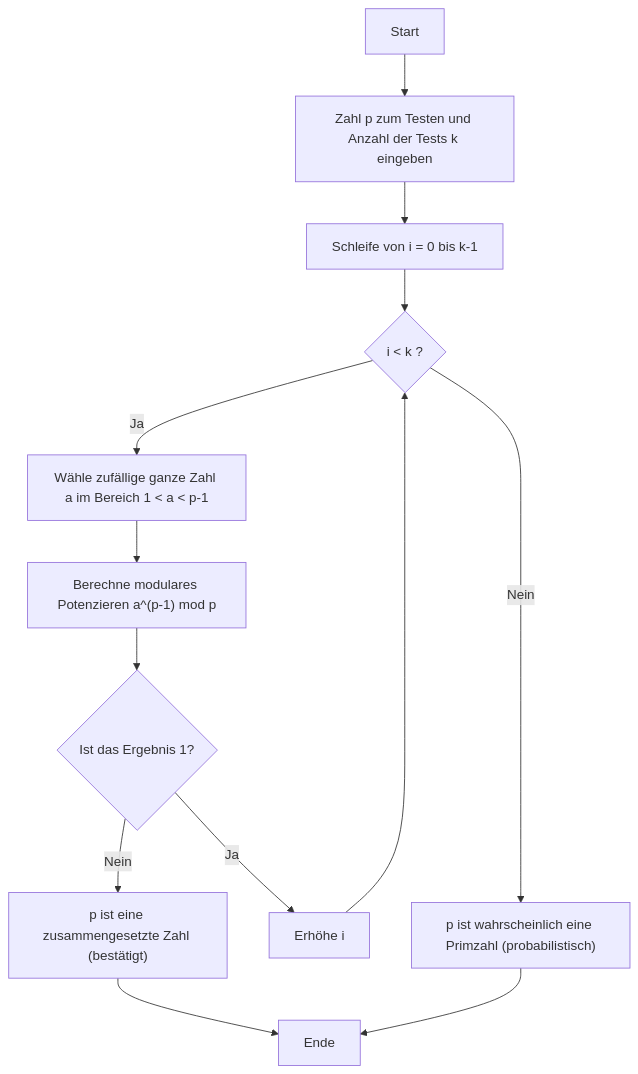
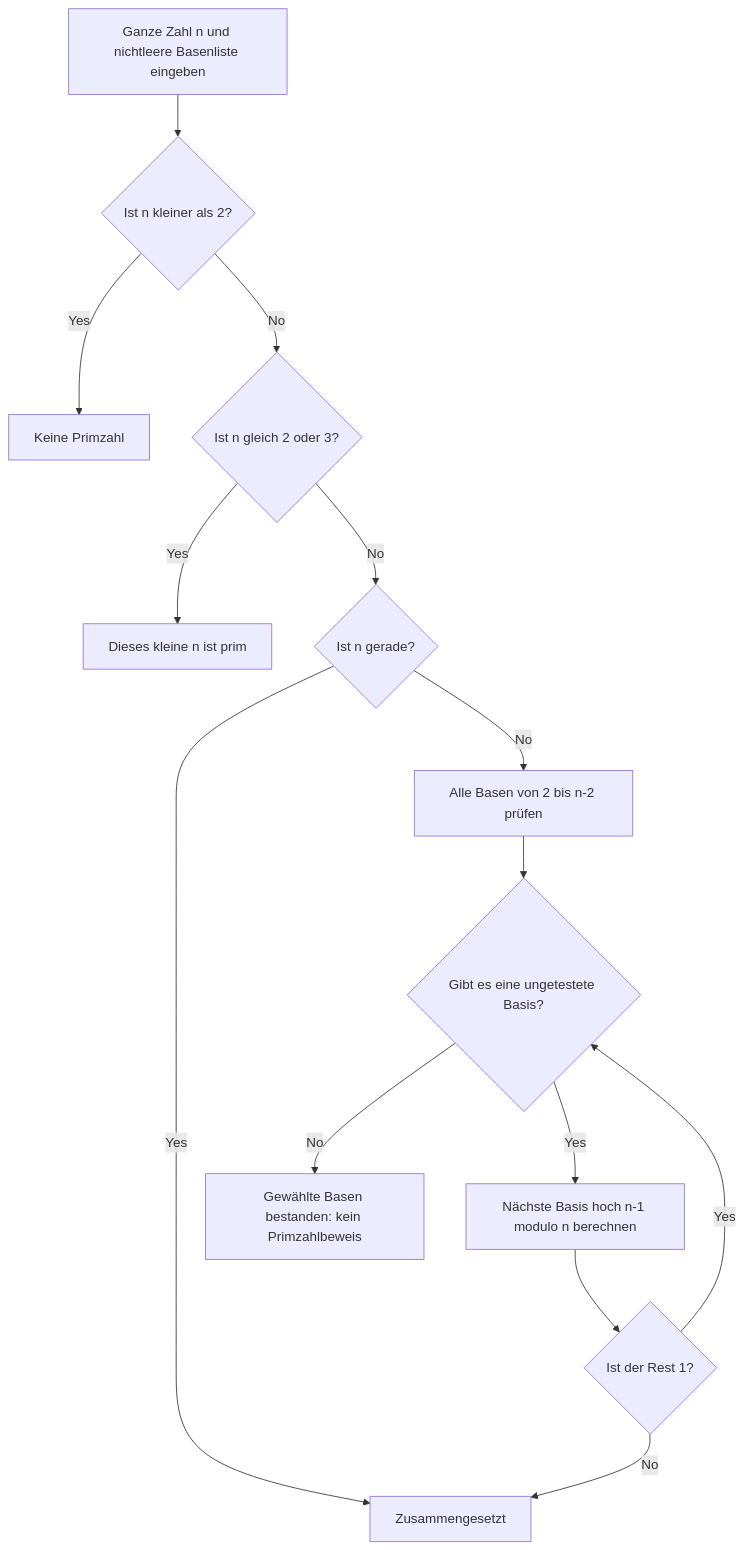
The first of 2 diagrams in content/post/フェルマーの小定理と暗号化/index.de.md (kenjinote/blog), drawn with Mermaid before and after one commit. The commit also changed other lines of this file and 5 other files, not shown here.

````diff
--- a/content/post/フェルマーの小定理と暗号化/index.de.md
+++ b/content/post/フェルマーの小定理と暗号化/index.de.md
@@ -156,15 +70,16 @@
 ```mermaid
 flowchart TD
-    Start["Start"] --> Input["Zahl p zum Testen und Anzahl der Tests k eingeben"]
-    Input --> LoopStart["Schleife von i = 0 bis k-1"]
-    LoopStart --> Condition{"i < k ?"}
-    Condition -- Ja --> RandomA["Wähle zufällige ganze Zahl a im Bereich 1 < a < p-1"]
-    RandomA --> Calc["Berechne modulares Potenzieren a^(p-1) mod p"]
-    Calc --> CheckPrime{"Ist das Ergebnis 1?"}
-    CheckPrime -- Nein --> ReturnComposite["p ist eine zusammengesetzte Zahl (bestätigt)"]
-    CheckPrime -- Ja --> Increment["Erhöhe i"]
-    Increment --> Condition
-    Condition -- Nein --> ReturnPrime["p ist wahrscheinlich eine Primzahl (probabilistisch)"]
-    ReturnComposite --> End["Ende"]
-    ReturnPrime --> End
+    Input["Ganze Zahl n und nichtleere Basenliste eingeben"] --> Small{"Ist n kleiner als 2?"}
+    Small -- Yes --> NotPrime["Keine Primzahl"]
+    Small -- No --> Tiny{"Ist n gleich 2 oder 3?"}
+    Tiny -- Yes --> Known["Dieses kleine n ist prim"]
+    Tiny -- No --> Even{"Ist n gerade?"}
+    Even -- Yes --> Composite["Zusammengesetzt"]
+    Even -- No --> Validate["Alle Basen von 2 bis n-2 prüfen"]
+    Validate --> Next{"Gibt es eine ungetestete Basis?"}
+    Next -- Yes --> Power["Nächste Basis hoch n-1 modulo n berechnen"]
+    Power --> Check{"Ist der Rest 1?"}
+    Check -- No --> Composite
+    Check -- Yes --> Next
+    Next -- No --> Pass["Gewählte Basen bestanden: kein Primzahlbeweis"]
 ```
````
